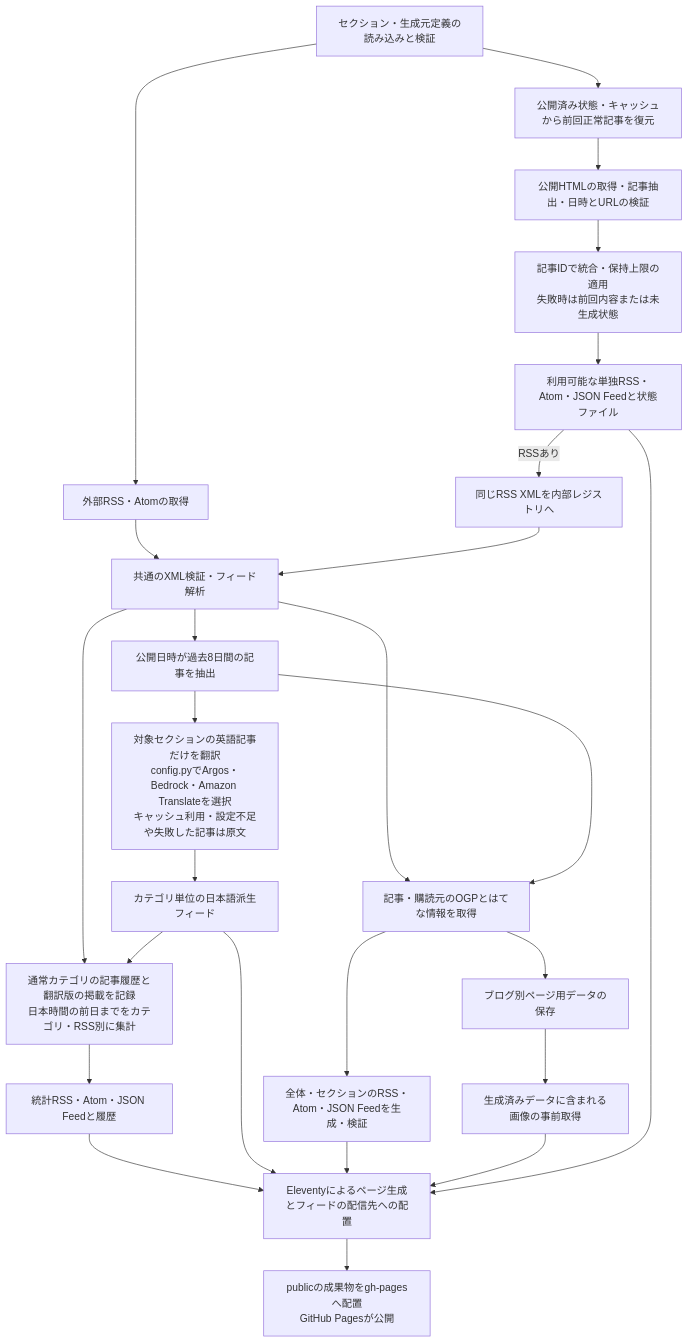
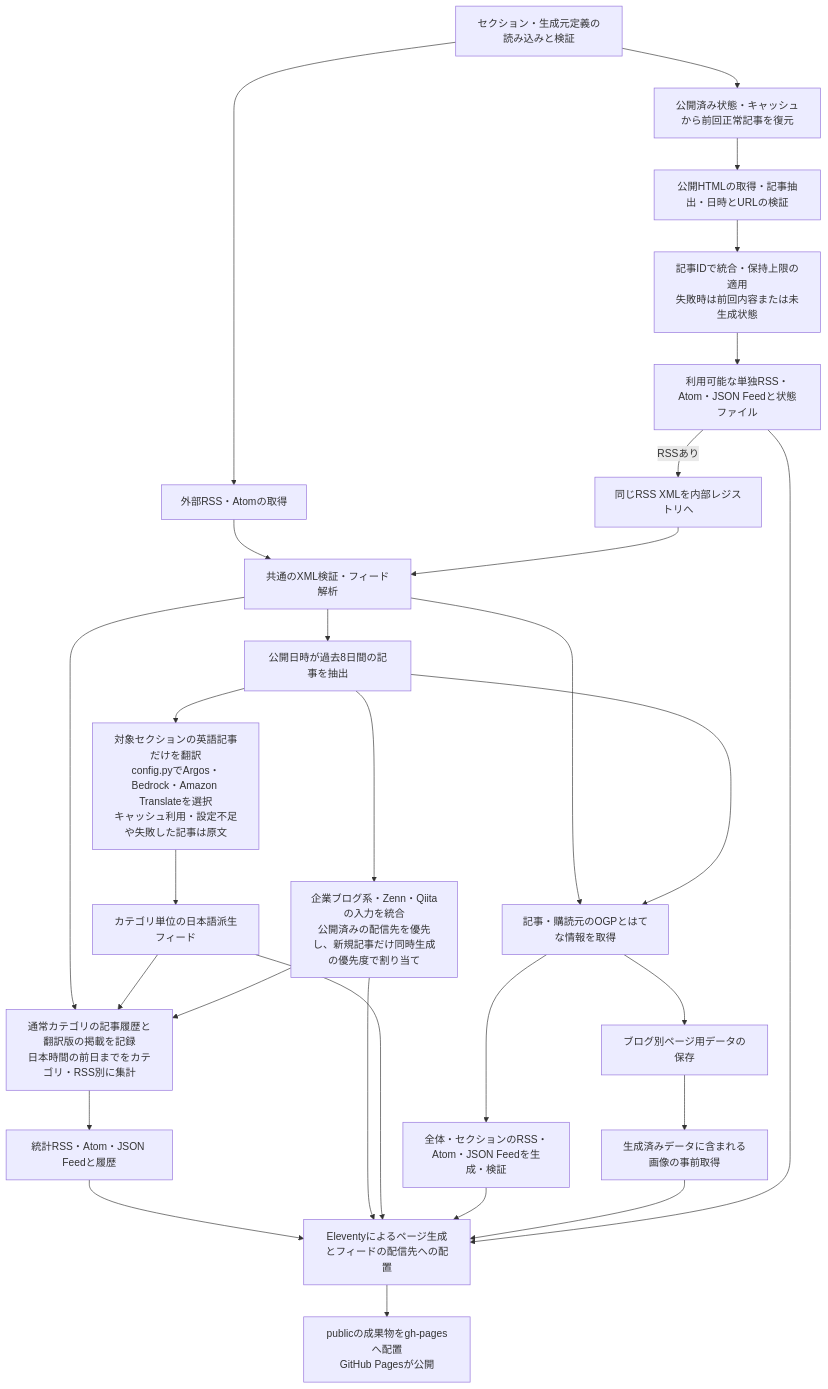
The diagram in README.md (fuhitonakagawa/my-tech-blog-rss-feed), drawn with Mermaid before and after one commit. The commit also changed other lines of this file and 38 other files, not shown here.

````diff
--- a/README.md
+++ b/README.md
@@ -548,47 +584,51 @@
 ```mermaid
 flowchart TD
     definitions["セクション・生成元定義の読み込みと検証"]
     previous["公開済み状態・キャッシュから前回正常記事を復元"]
     html["公開HTMLの取得・記事抽出・日時とURLの検証"]
     state["記事IDで統合・保持上限の適用<br/>失敗時は前回内容または未生成状態"]
     generated["利用可能な単独RSS・Atom・JSON Feedと状態ファイル"]
     registry["同じRSS XMLを内部レジストリへ"]
     remote["外部RSS・Atomの取得"]
     parse["共通のXML検証・フィード解析"]
     recent["公開日時が過去8日間の記事を抽出"]
     translation["対象セクションの英語記事だけを翻訳<br/>config.pyでArgos・Bedrock・Amazon Translateを選択<br/>キャッシュ利用・設定不足や失敗した記事は原文"]
     translated["カテゴリ単位の日本語派生フィード"]
     metadata["記事・購読元のOGPとはてな情報を取得"]
     aggregated["全体・セクションのRSS・Atom・JSON Feedを生成・検証"]
     blog["ブログ別ページ用データの保存"]
     prepare["生成済みデータに含まれる画像の事前取得"]
     site["Eleventyによるページ生成とフィードの配信先への配置"]
     deploy["publicの成果物をgh-pagesへ配置<br/>GitHub Pagesが公開"]
     definitions --> previous
     previous --> html
     html --> state
     state --> generated
     generated -->|RSSあり| registry
     definitions --> remote
     remote --> parse
     registry --> parse
     parse --> recent
     parse --> metadata
     recent --> metadata
     statistics["通常カテゴリの記事履歴と翻訳版の掲載を記録<br/>日本時間の前日までをカテゴリ・RSS別に集計"]
     statisticsFeeds["統計RSS・Atom・JSON Feedと履歴"]
     parse --> statistics
     translated --> statistics
     statistics --> statisticsFeeds
     statisticsFeeds --> site
+    dedup["企業ブログ系・Zenn・Qiitaの入力を統合<br/>公開済みの配信先を優先し、新規記事だけ同時生成の優先度で割り当て"]
+    recent --> dedup
+    dedup --> statistics
+    dedup --> site
     recent --> translation
     translation --> translated
     translated --> site
     metadata --> aggregated
     metadata --> blog
     blog --> prepare
     aggregated --> site
     prepare --> site
     generated --> site
     site --> deploy
 ```
````
